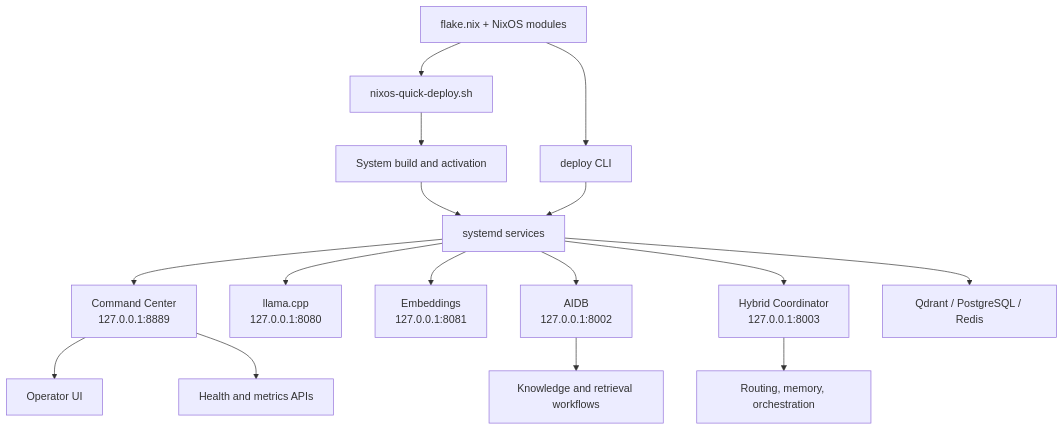
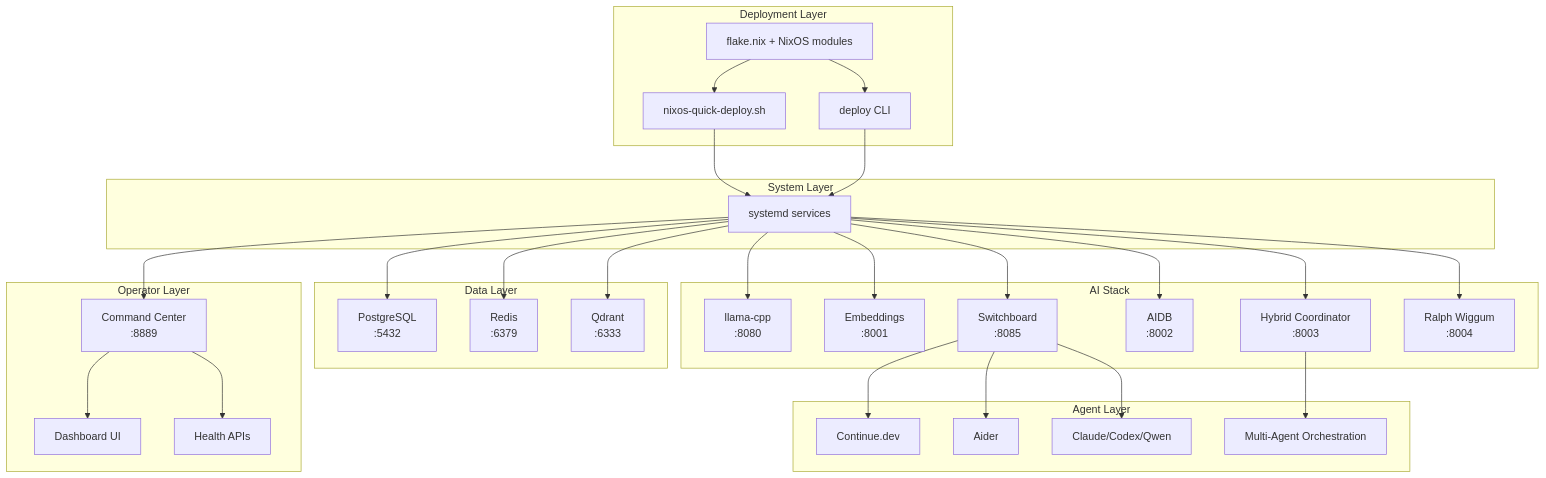
Before and after one commit to MasterofNull/NixOS-Dev-Quick-Deploy: the diagram in README.md, drawn with Mermaid. The commit also changed other lines of this file, not shown here.

First line of the commit message:
Rewrite README with comprehensive system documentation

````diff
--- a/README.md
+++ b/README.md
@@ -76,20 +94,40 @@
 ```mermaid
 flowchart TD
-    A[flake.nix + NixOS modules] --> B[nixos-quick-deploy.sh]
-    A --> C[deploy CLI]
-    B --> D[System build and activation]
-    D --> E[systemd services]
-    C --> E
+    subgraph "Deployment Layer"
+        A[flake.nix + NixOS modules] --> B[nixos-quick-deploy.sh]
+        A --> C[deploy CLI]
+    end
 
-    E --> F[Command Center<br/>127.0.0.1:8889]
-    E --> G[llama.cpp<br/>127.0.0.1:8080]
-    E --> H[Embeddings<br/>127.0.0.1:8081]
-    E --> I[AIDB<br/>127.0.0.1:8002]
-    E --> J[Hybrid Coordinator<br/>127.0.0.1:8003]
-    E --> K[Qdrant / PostgreSQL / Redis]
+    subgraph "System Layer"
+        B --> D[systemd services]
+        C --> D
+    end
 
-    F --> L[Operator UI]
-    F --> M[Health and metrics APIs]
-    J --> N[Routing, memory, orchestration]
-    I --> O[Knowledge and retrieval workflows]
+    subgraph "AI Stack"
+        D --> E[llama-cpp<br/>:8080]
+        D --> F[Embeddings<br/>:8001]
+        D --> G[Switchboard<br/>:8085]
+        D --> H[AIDB<br/>:8002]
+        D --> I[Hybrid Coordinator<br/>:8003]
+        D --> J[Ralph Wiggum<br/>:8004]
+    end
+
+    subgraph "Data Layer"
+        D --> K[PostgreSQL<br/>:5432]
+        D --> L[Redis<br/>:6379]
+        D --> M[Qdrant<br/>:6333]
+    end
+
+    subgraph "Operator Layer"
+        D --> N[Command Center<br/>:8889]
+        N --> O[Dashboard UI]
+        N --> P[Health APIs]
+    end
+
+    subgraph "Agent Layer"
+        G --> Q[Continue.dev]
+        G --> R[Aider]
+        G --> S[Claude/Codex/Qwen]
+        I --> T[Multi-Agent Orchestration]
+    end
 ```
````
